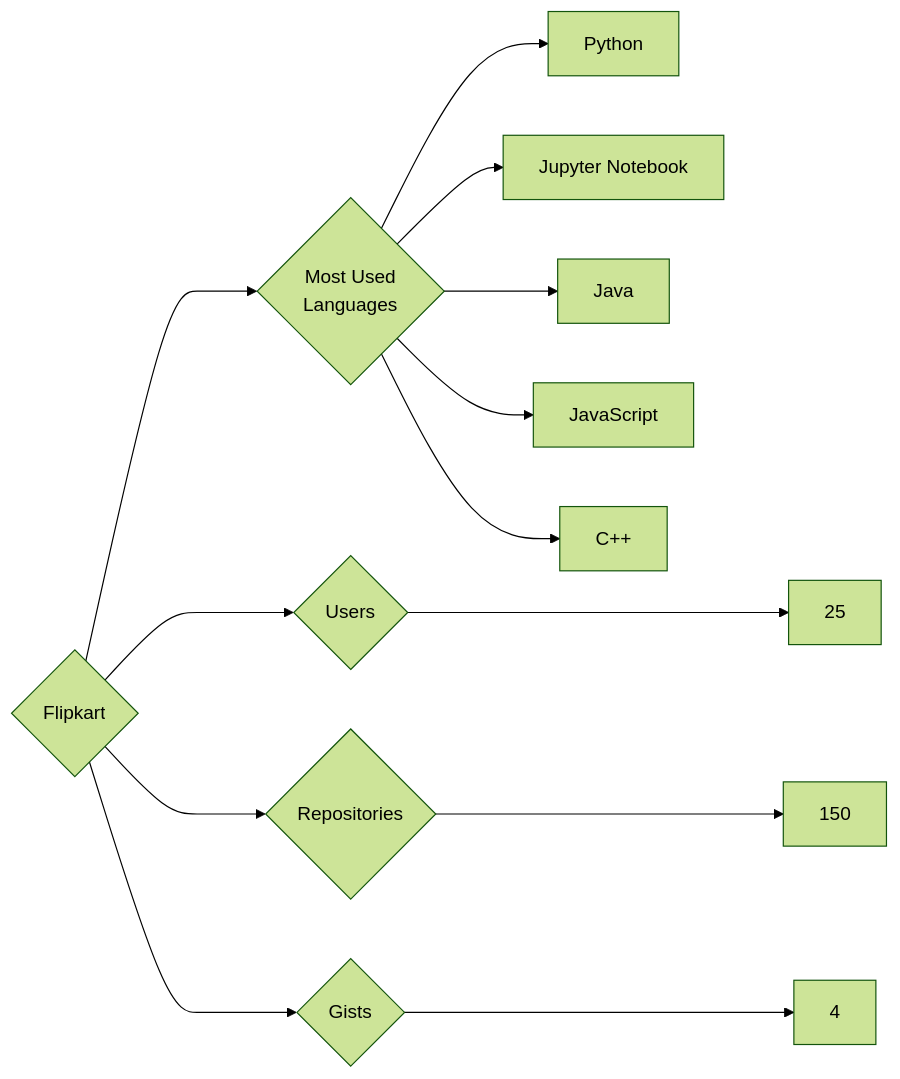
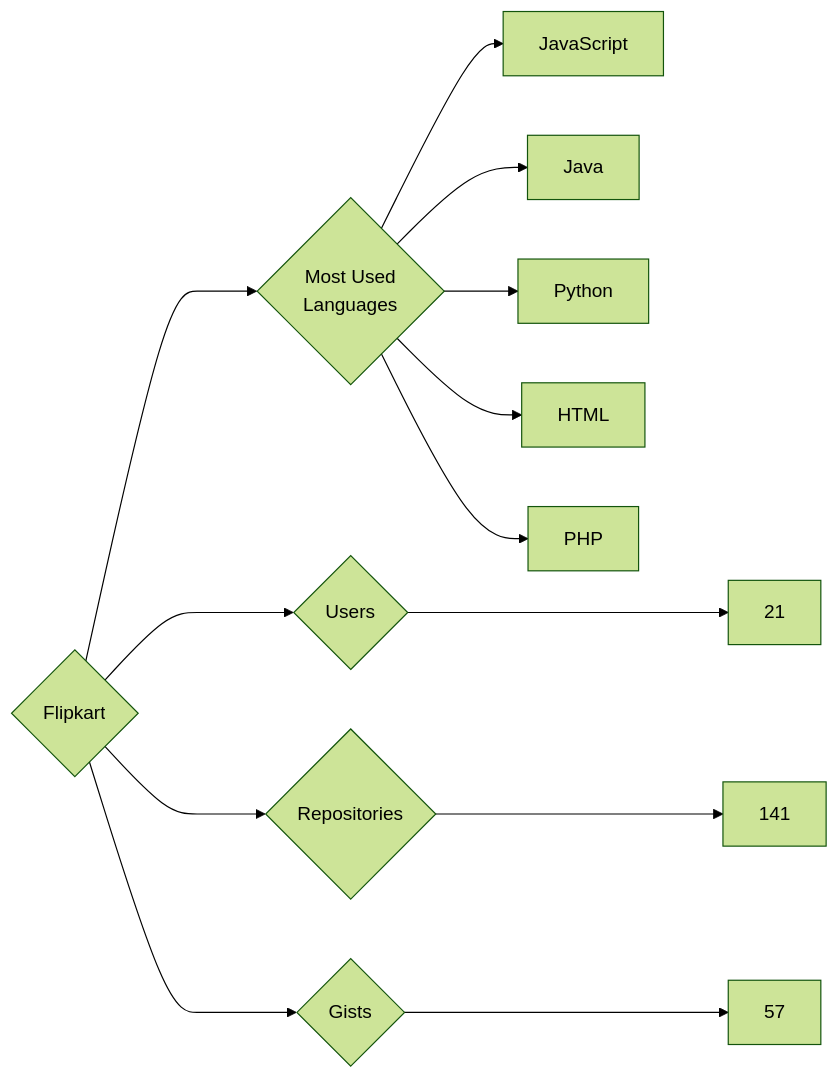
One commit to trickest/insiders changed the diagram in targets/Flipkart/README.md. Above: the diagram before and after it, drawn with Mermaid (forest theme). The commit also changed 930 other files, not shown here.

````diff
--- a/targets/Flipkart/README.md
+++ b/targets/Flipkart/README.md
@@ -3,13 +3,13 @@
 ```mermaid
 graph LR
 COMPANY_NAME{Flipkart}
-COMPANY_NAME ---> U{Users} ---> UN[25]
-COMPANY_NAME ---> R{Repositories} ---> RN[150]
-COMPANY_NAME ---> G{Gists} ---> GN[4]
+COMPANY_NAME ---> U{Users} ---> UN[21]
+COMPANY_NAME ---> R{Repositories} ---> RN[141]
+COMPANY_NAME ---> G{Gists} ---> GN[57]
 COMPANY_NAME ---> ML{Most Used<br>Languages}
+ML --> JavaScript[JavaScript]
+ML --> Java[Java]
 ML --> Python[Python]
-ML --> Jupyter_Notebook[Jupyter Notebook]
-ML --> Java[Java]
-ML --> JavaScript[JavaScript]
-ML --> C++[C++]
+ML --> HTML[HTML]
+ML --> PHP[PHP]
 ```
````
